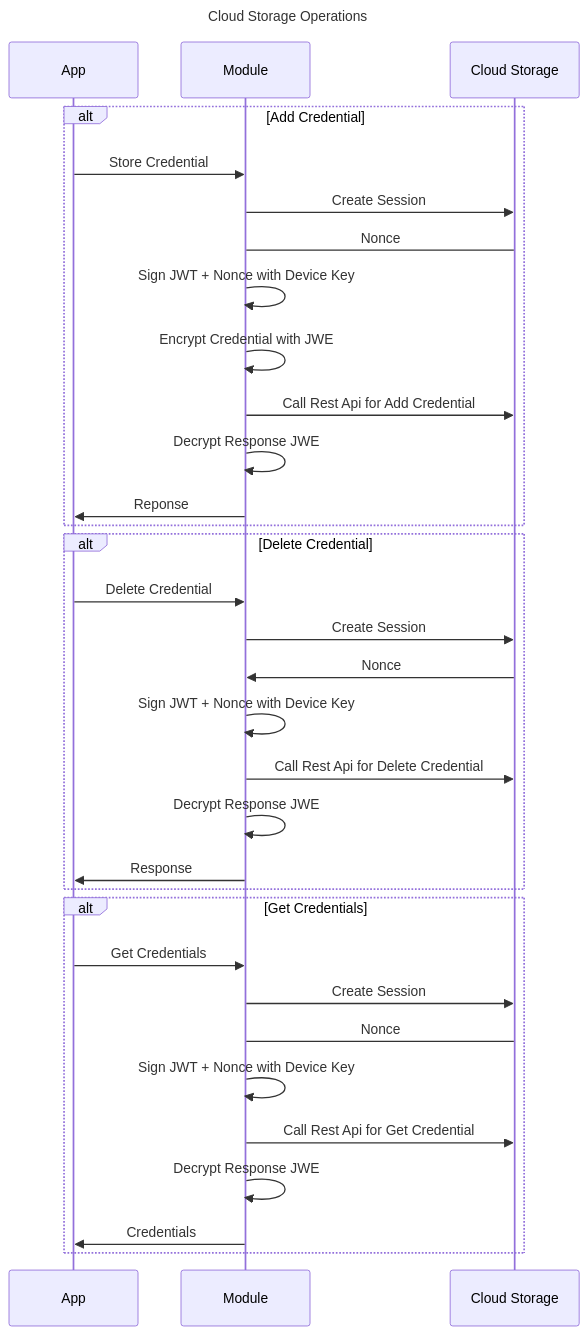
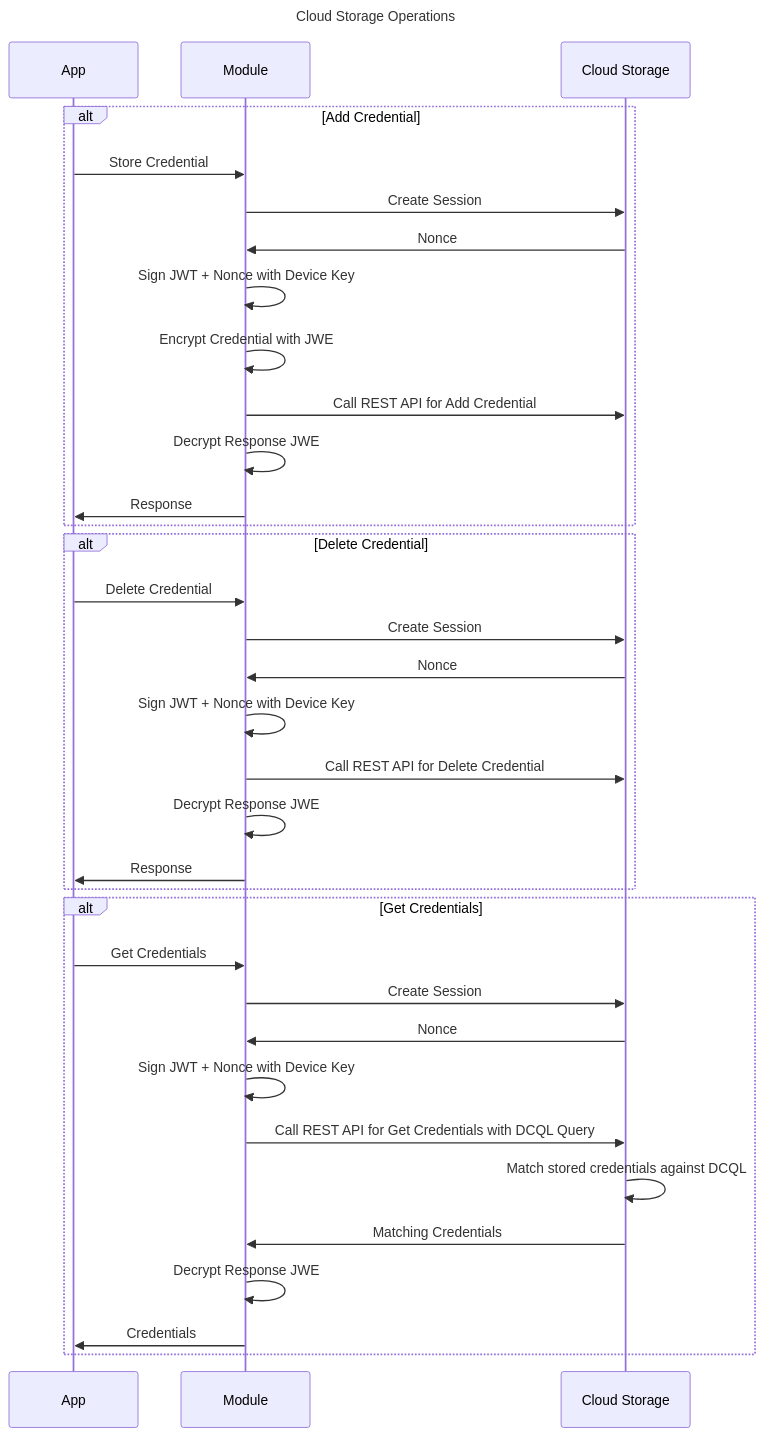
The second of 2 diagrams in README.md (eclipse-xfsc/credential-storage-service), drawn with Mermaid before and after one commit. The commit also changed other lines of this file and 5 other files, not shown here.

Commit message:
DCQL Query Lift

````diff
--- a/README.md
+++ b/README.md
@@ -67,34 +191,37 @@
 ```mermaid
 sequenceDiagram
 title Cloud Storage Operations
+
 alt Add Credential
 App->>Module: Store Credential
 Module->>Cloud Storage: Create Session
-Cloud Storage->Module: Nonce
+Cloud Storage->>Module: Nonce
 Module->>Module: Sign JWT + Nonce with Device Key
 Module->>Module: Encrypt Credential with JWE
-Module->>Cloud Storage: Call Rest Api for Add Credential
+Module->>Cloud Storage: Call REST API for Add Credential
 Module->>Module: Decrypt Response JWE
-Module->>App:  Reponse
+Module->>App: Response
 end
 
 alt Delete Credential
 App->>Module: Delete Credential
 Module->>Cloud Storage: Create Session
 Cloud Storage->>Module: Nonce
 Module->>Module: Sign JWT + Nonce with Device Key
-Module->>Cloud Storage: Call Rest Api for Delete Credential
+Module->>Cloud Storage: Call REST API for Delete Credential
 Module->>Module: Decrypt Response JWE
-Module->>App:  Response
+Module->>App: Response
 end
 
 alt Get Credentials
 App->>Module: Get Credentials
 Module->>Cloud Storage: Create Session
-Cloud Storage->Module: Nonce
+Cloud Storage->>Module: Nonce
 Module->>Module: Sign JWT + Nonce with Device Key
-Module->>Cloud Storage: Call Rest Api for Get Credential
+Module->>Cloud Storage: Call REST API for Get Credentials with DCQL Query
+Cloud Storage->>Cloud Storage: Match stored credentials against DCQL
+Cloud Storage->>Module: Matching Credentials
 Module->>Module: Decrypt Response JWE
-Module->>App:  Credentials
+Module->>App: Credentials
 end
 ```
````
